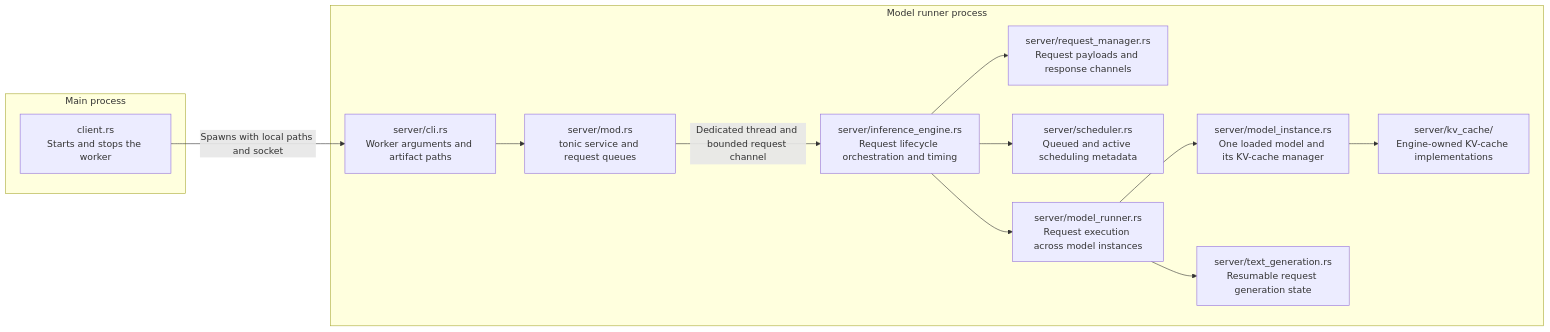
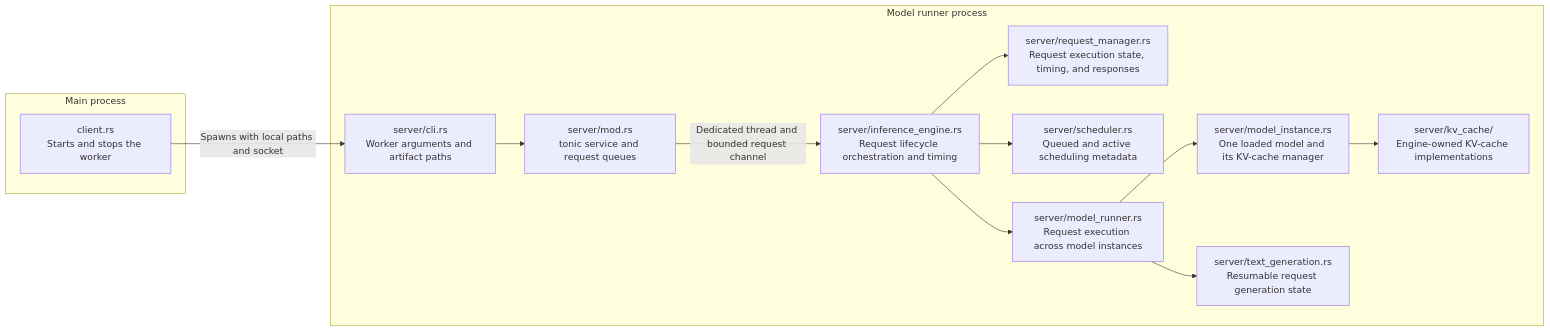
One commit to lun0522/mini-vllm-rs changed the first of 2 diagrams in src/model_runner/README.md. Above: the diagram before and after it, drawn with Mermaid. The commit also changed other lines of this file and 5 other files, not shown here.

First line of the commit message:
Refactor: Make request execution state manager-owned

````diff
--- a/src/model_runner/README.md
+++ b/src/model_runner/README.md
@@ -6,28 +6,28 @@
 ```mermaid
 flowchart LR
     subgraph Main[Main process]
         Client["client.rs<br/>Starts and stops the worker"]
     end
 
     subgraph Worker[Model runner process]
         Server["server/mod.rs<br/>tonic service and request queues"]
         Cli["server/cli.rs<br/>Worker arguments and artifact paths"]
         KvCache["server/kv_cache/<br/>Engine-owned KV-cache implementations"]
         InferenceEngine["server/inference_engine.rs<br/>Request lifecycle orchestration and timing"]
-        RequestManager["server/request_manager.rs<br/>Request payloads and response channels"]
+        RequestManager["server/request_manager.rs<br/>Request execution state, timing, and responses"]
         Scheduler["server/scheduler.rs<br/>Queued and active scheduling metadata"]
         ModelRunner["server/model_runner.rs<br/>Request execution across model instances"]
         ModelInstance["server/model_instance.rs<br/>One loaded model and its KV-cache manager"]
         TextGeneration["server/text_generation.rs<br/>Resumable request generation state"]
     end
 
     Client -->|"Spawns with local paths and socket"| Cli
     Cli --> Server
     Server -->|"Dedicated thread and bounded request channel"| InferenceEngine
     InferenceEngine --> RequestManager
     InferenceEngine --> Scheduler
     InferenceEngine --> ModelRunner
     ModelRunner --> ModelInstance
     ModelInstance --> KvCache
     ModelRunner --> TextGeneration
 ```
````
